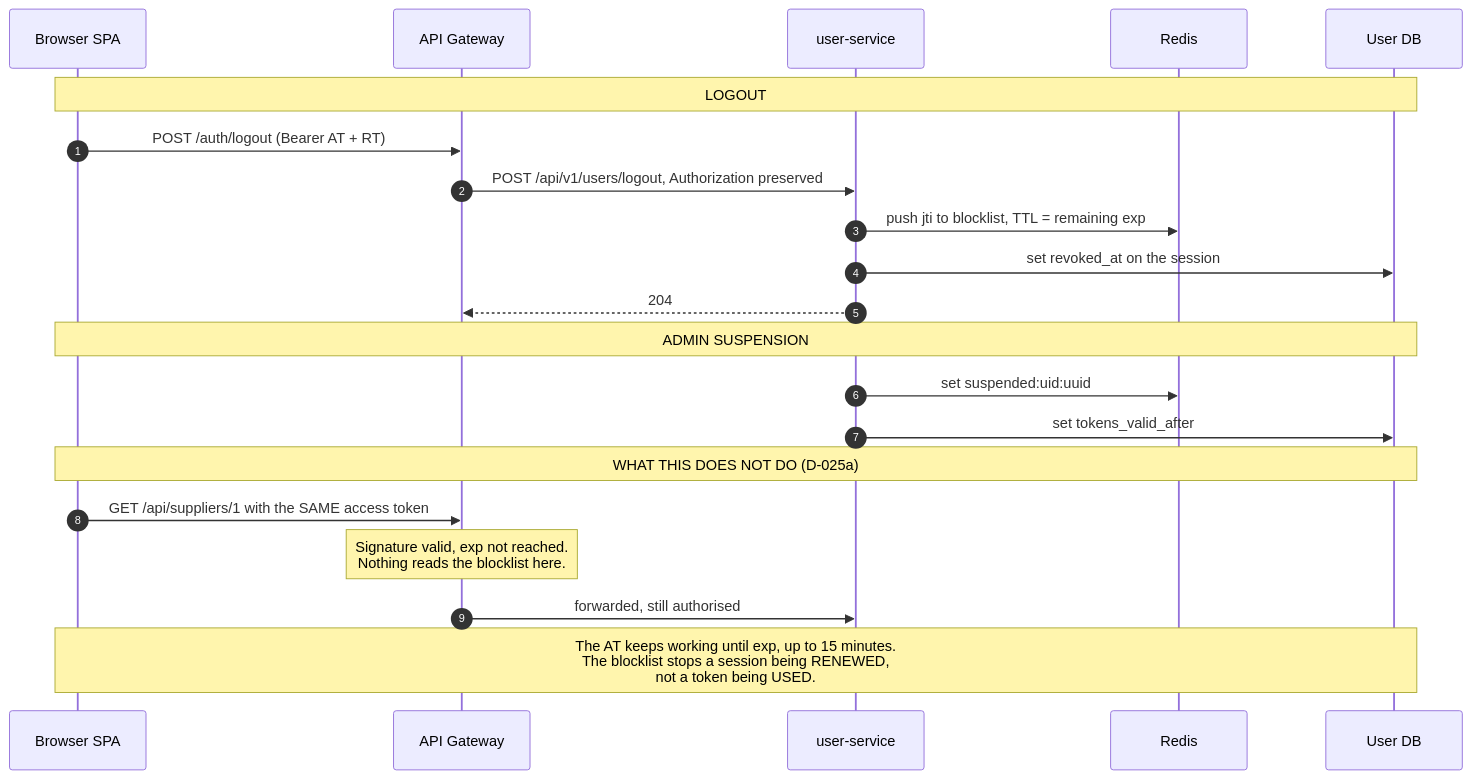
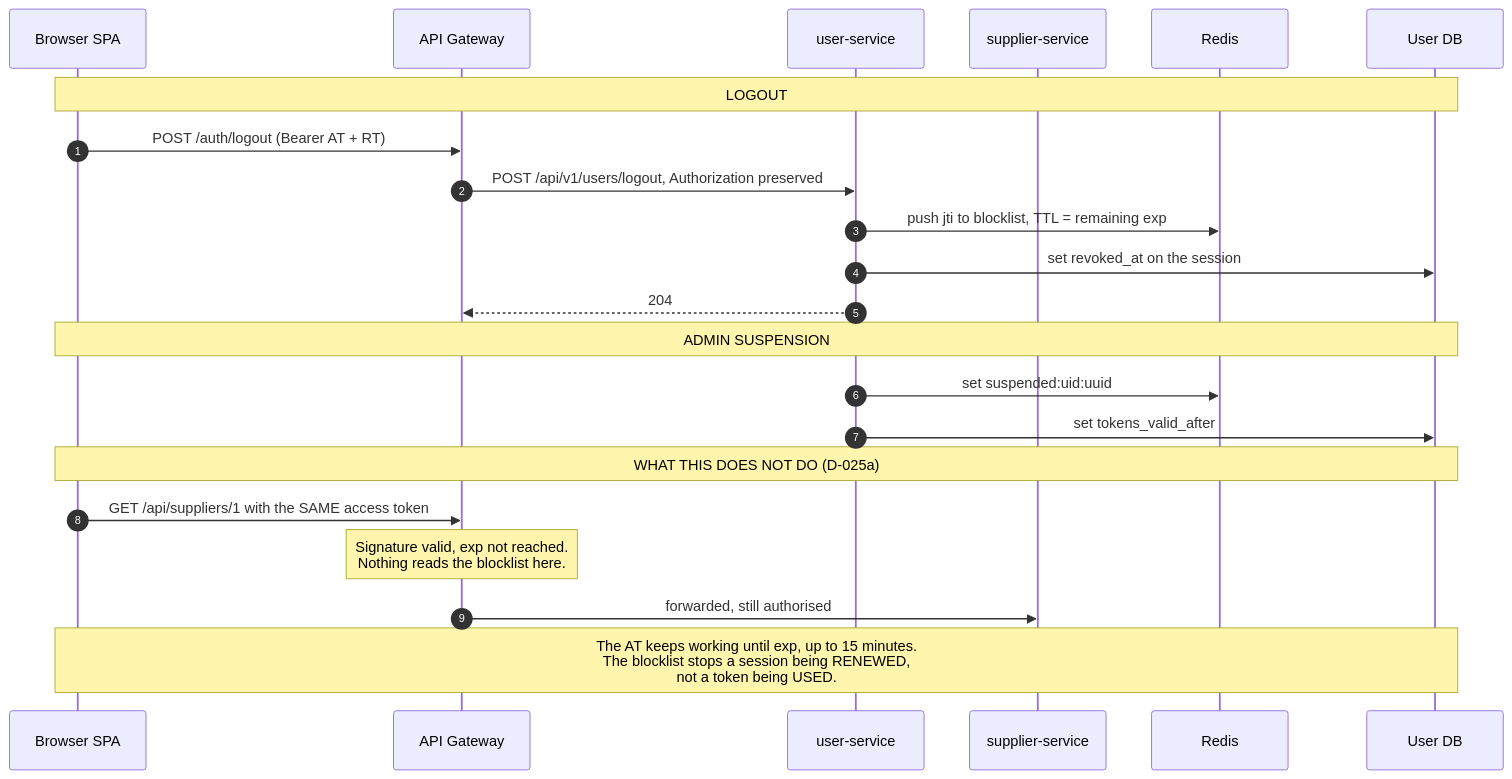
Before and after one commit to AY2627S1-CS3219-P2/FoC: the fifth of 6 diagrams in ai/decisions/architecture.md, drawn with Mermaid. The commit also changed other lines of this file and 1 other file, not shown here.

First line of the commit message:
docs(decisions): correct two diagram errors and record who checks revocation

````diff
--- a/ai/decisions/architecture.md
+++ b/ai/decisions/architecture.md
@@ -180,26 +190,27 @@
 ```mermaid
 sequenceDiagram
     autonumber
     participant UI as Browser SPA
     participant GW as API Gateway
     participant US as user-service
+    participant SUP as supplier-service
     participant RDS as Redis
     participant DB as User DB
 
     Note over UI,DB: LOGOUT
     UI->>GW: POST /auth/logout (Bearer AT + RT)
     GW->>US: POST /api/v1/users/logout, Authorization preserved
     US->>RDS: push jti to blocklist, TTL = remaining exp
     US->>DB: set revoked_at on the session
     US-->>GW: 204
 
     Note over UI,DB: ADMIN SUSPENSION
     US->>RDS: set suspended:uid:uuid
     US->>DB: set tokens_valid_after
 
     Note over UI,DB: WHAT THIS DOES NOT DO (D-025a)
     UI->>GW: GET /api/suppliers/1 with the SAME access token
     Note over GW: Signature valid, exp not reached.<br/>Nothing reads the blocklist here.
-    GW->>US: forwarded, still authorised
+    GW->>SUP: forwarded, still authorised
     Note over UI,DB: The AT keeps working until exp, up to 15 minutes.<br/>The blocklist stops a session being RENEWED,<br/>not a token being USED.
 ```
````
